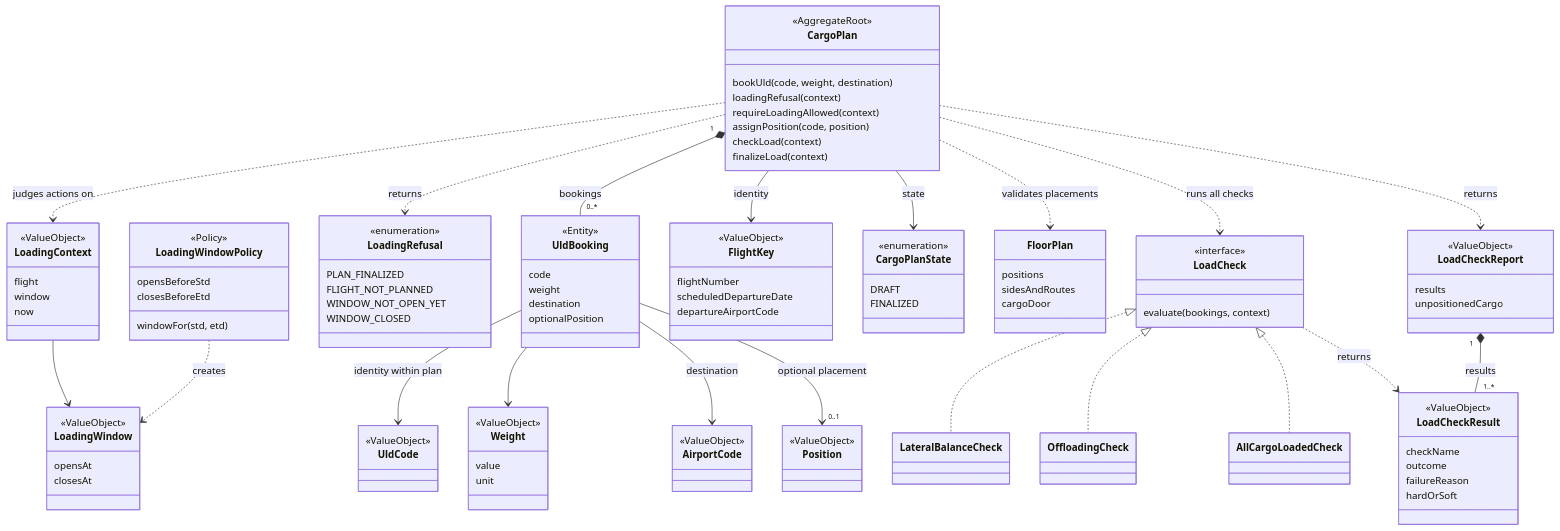
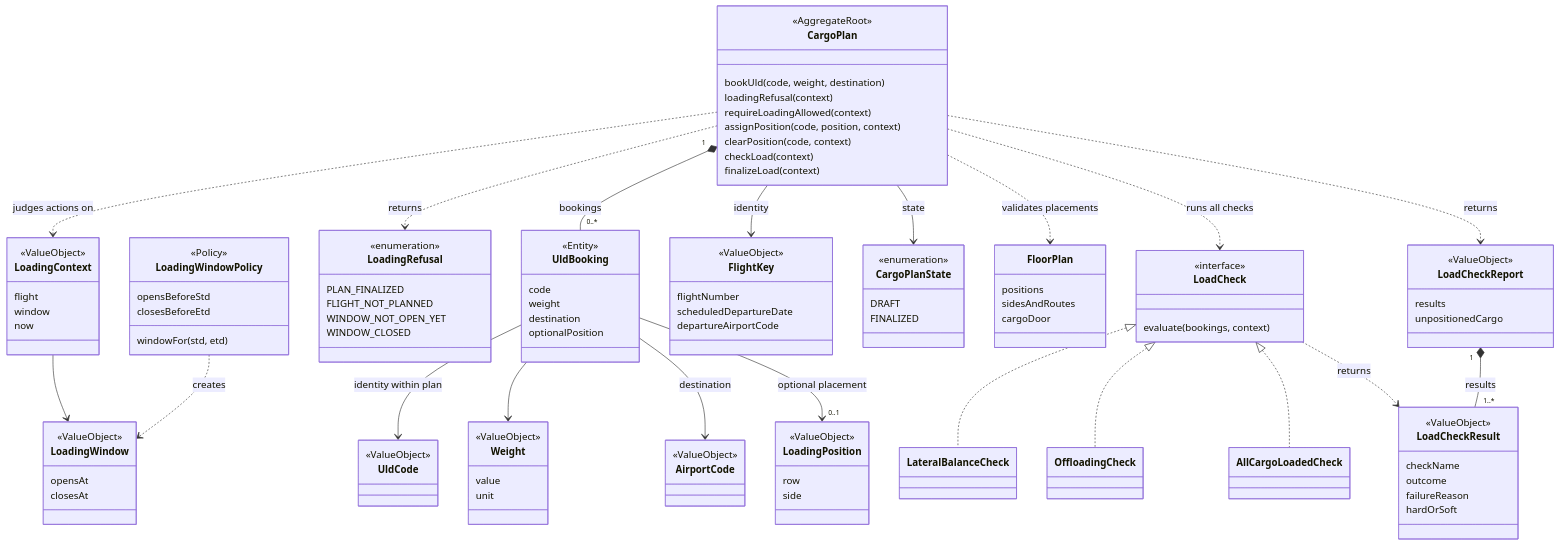
One commit to ebhd/air-freight-operations changed the fourth of 9 diagrams in architecture/analyse.md. Above: the diagram before and after it, drawn with Mermaid. The commit also changed other lines of this file and 2 other files, not shown here.

Commit message:
Document loading positions and the schema change (#20)
README: the 34 positions, the position endpoints and their status
codes, optimistic locking on cargo_plans.version plus the unique
constraint, the missing role checks (#2) and the 401 without a token,
the ULD code limitation, and that every booking now creates or raises
the plan version. It also explains that this schema change needs the
cargo database to be recreated (commands for Cargo only, or a full
docker compose down -v). local.http gets the position requests.
analyse.md uses LoadingPosition, names clearPosition and describes the
version check.

```diff
--- a/architecture/analyse.md
+++ b/architecture/analyse.md
@@ -148,7 +148,8 @@
         bookUld(code, weight, destination)
         loadingRefusal(context)
         requireLoadingAllowed(context)
-        assignPosition(code, position)
+        assignPosition(code, position, context)
+        clearPosition(code, context)
         checkLoad(context)
         finalizeLoad(context)
     }
@@ -200,8 +201,10 @@
     class AirportCode {
         <<ValueObject>>
     }
-    class Position {
+    class LoadingPosition {
         <<ValueObject>>
+        row
+        side
     }
     class CargoPlanState {
         <<enumeration>>
@@ -242,7 +245,7 @@
     UldBooking --> UldCode : identity within plan
     UldBooking --> Weight
     UldBooking --> AirportCode : destination
-    UldBooking --> "0..1" Position : optional placement
+    UldBooking --> "0..1" LoadingPosition : optional placement
     CargoPlan ..> FloorPlan : validates placements
     CargoPlan ..> LoadCheck : runs all checks
     LoadCheck <|.. LateralBalanceCheck
```
